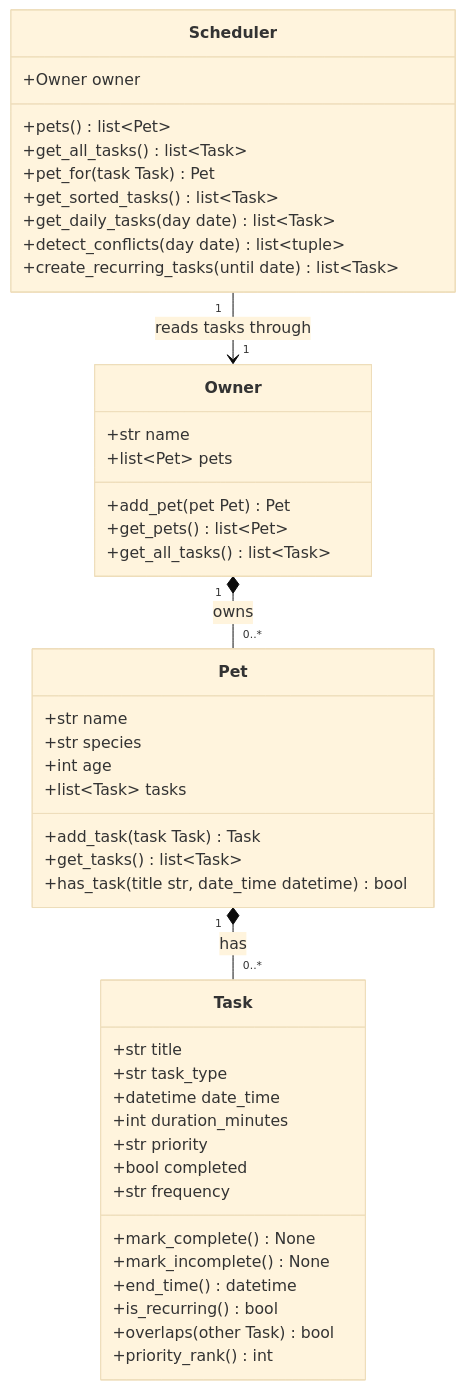
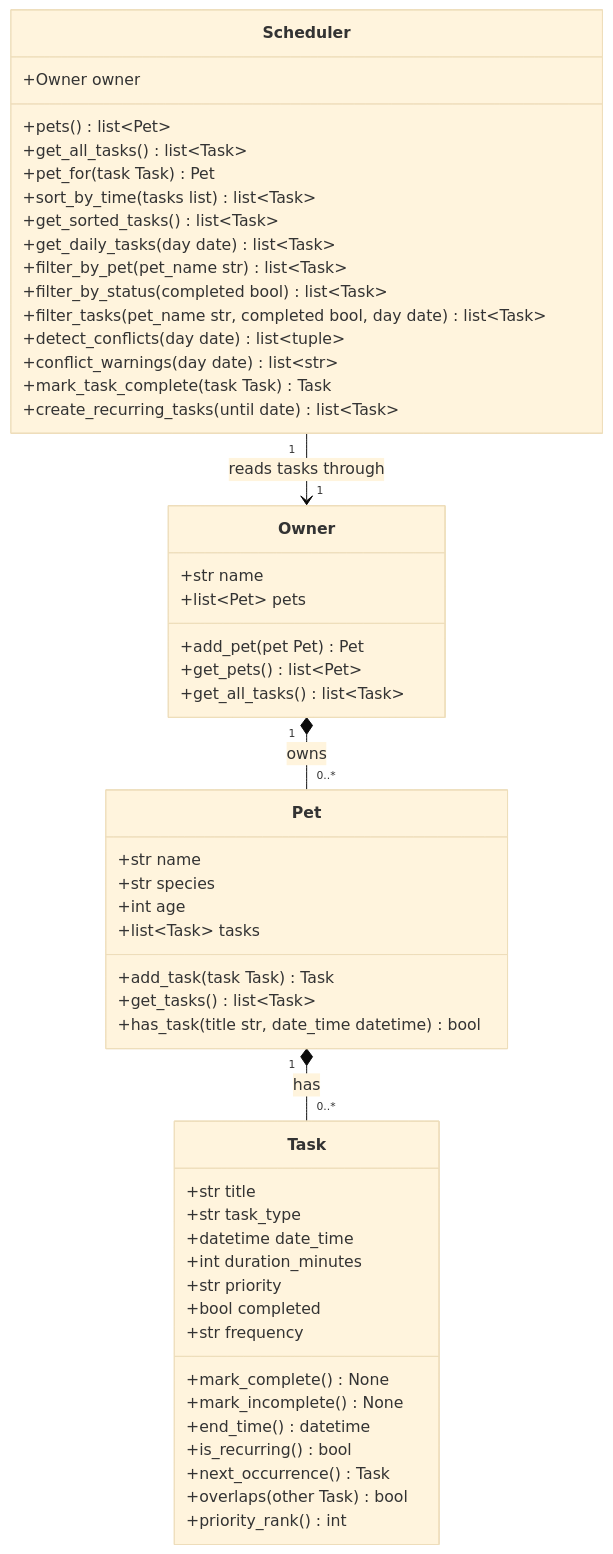
Before and after one commit to michaelamoarthur29/ai110-module2show-pawpal-starter: the diagram in diagrams/uml.mmd, drawn with Mermaid (base theme). The commit also changed 6 other files, not shown here.

```diff
--- a/diagrams/uml.mmd
+++ b/diagrams/uml.mmd
@@ -1,53 +1,60 @@
 classDiagram
     %% PawPal+ — matches the implementation in pawpal_system.py
 
     class Owner {
         +str name
         +list~Pet~ pets
         +add_pet(pet Pet) Pet
         +get_pets() list~Pet~
         +get_all_tasks() list~Task~
     }
 
     class Pet {
         +str name
         +str species
         +int age
         +list~Task~ tasks
         +add_task(task Task) Task
         +get_tasks() list~Task~
         +has_task(title str, date_time datetime) bool
     }
 
     %% Task.priority: "high" | "medium" | "low"
     %% Task.frequency: "none" | "daily" | "weekly"
     class Task {
         +str title
         +str task_type
         +datetime date_time
         +int duration_minutes
         +str priority
         +bool completed
         +str frequency
         +mark_complete() None
         +mark_incomplete() None
         +end_time() datetime
         +is_recurring() bool
+        +next_occurrence() Task
         +overlaps(other Task) bool
         +priority_rank() int
     }
 
     class Scheduler {
         +Owner owner
         +pets() list~Pet~
         +get_all_tasks() list~Task~
         +pet_for(task Task) Pet
+        +sort_by_time(tasks list) list~Task~
         +get_sorted_tasks() list~Task~
         +get_daily_tasks(day date) list~Task~
+        +filter_by_pet(pet_name str) list~Task~
+        +filter_by_status(completed bool) list~Task~
+        +filter_tasks(pet_name str, completed bool, day date) list~Task~
         +detect_conflicts(day date) list~tuple~
+        +conflict_warnings(day date) list~str~
+        +mark_task_complete(task Task) Task
         +create_recurring_tasks(until date) list~Task~
     }
 
     Owner "1" *-- "0..*" Pet : owns
     Pet "1" *-- "0..*" Task : has
     Scheduler "1" --> "1" Owner : reads tasks through
```
